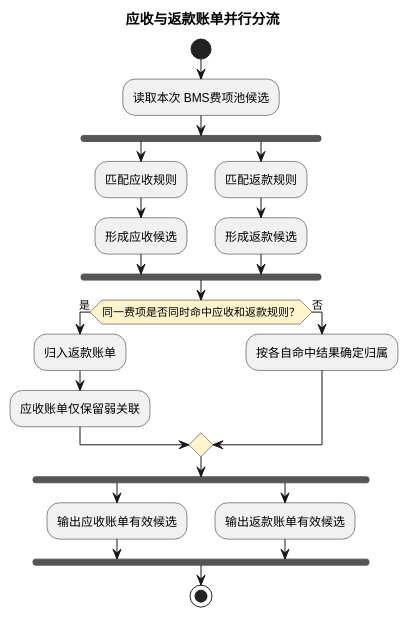
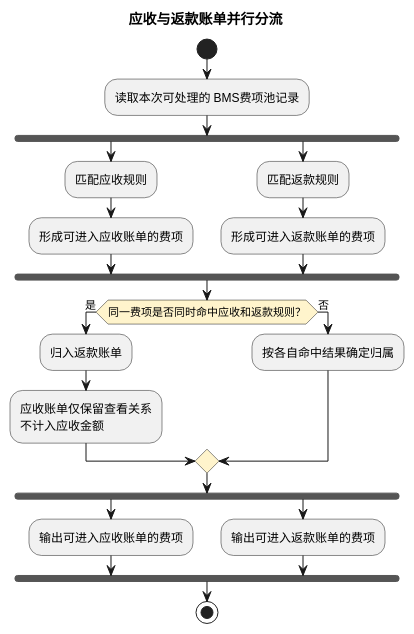
Before and after one commit to jack888332/projects-doc: the eighth of 20 diagrams in product-caliber/bms/prd/财务系统.PRD.md, drawn with PlantUML. The commit also changed other lines of this file and 1 other file, not shown here.

````diff
--- a/product-caliber/bms/prd/财务系统.PRD.md
+++ b/product-caliber/bms/prd/财务系统.PRD.md
@@ -1082,32 +1091,32 @@
 ```plantuml
 @startuml
 title 应收与返款账单并行分流
 skinparam activityDiamondBackgroundColor #FFF4CC
 
 start
-:读取本次 BMS费项池候选;
+:读取本次可处理的 BMS费项池记录;
 
 fork
   :匹配应收规则;
-  :形成应收候选;
+  :形成可进入应收账单的费项;
 fork again
   :匹配返款规则;
-  :形成返款候选;
+  :形成可进入返款账单的费项;
 end fork
 
 if (同一费项是否同时命中应收和返款规则？) then (是)
   :归入返款账单;
-  :应收账单仅保留弱关联;
+  :应收账单仅保留查看关系\n不计入应收金额;
 else (否)
   :按各自命中结果确定归属;
 endif
 
 fork
-  :输出应收账单有效候选;
+  :输出可进入应收账单的费项;
 fork again
-  :输出返款账单有效候选;
+  :输出可进入返款账单的费项;
 end fork
 
 stop
 @enduml
 ```
````
